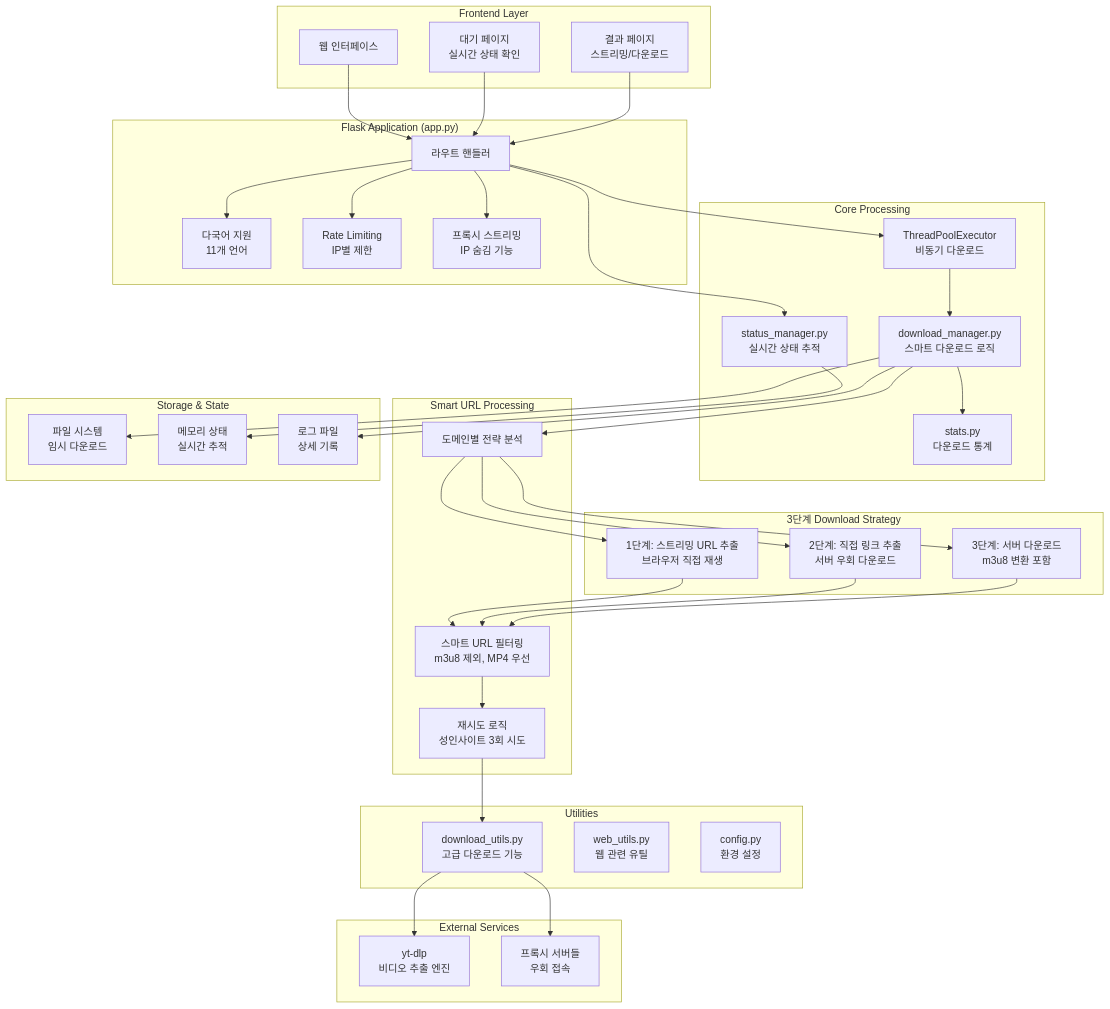
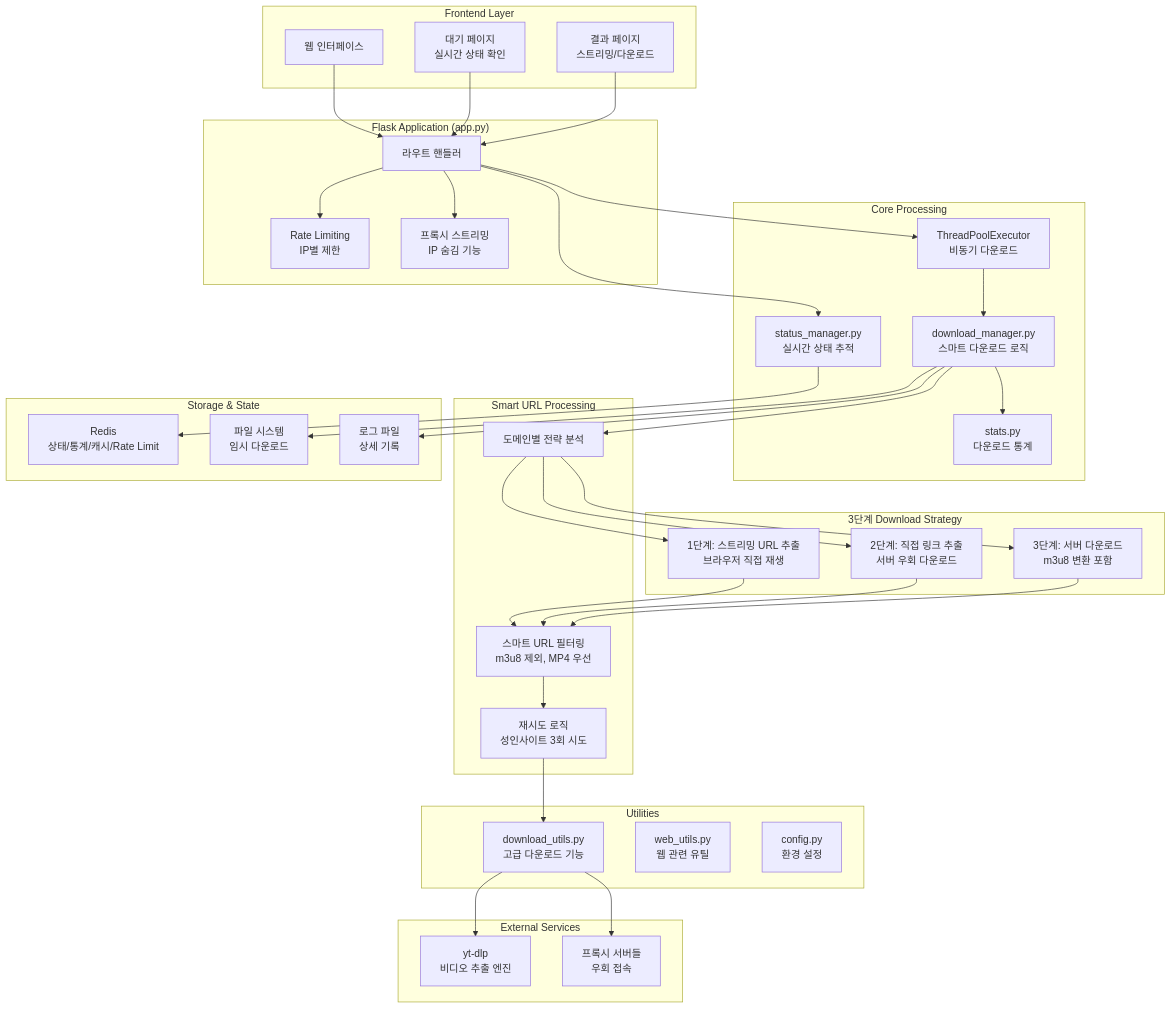
Before and after one commit to raphaelIl/dl-test: the first of 6 diagrams in README.md, drawn with Mermaid. The commit also changed other lines of this file and 7 other files, not shown here.

````diff
--- a/README.md
+++ b/README.md
@@ -25,76 +101,74 @@
 ```mermaid
 graph TB
     subgraph "Frontend Layer"
         UI[웹 인터페이스]
         WAIT[대기 페이지<br/>실시간 상태 확인]
         RESULT[결과 페이지<br/>스트리밍/다운로드]
     end
     
     subgraph "Flask Application (app.py)"
         ROUTE[라우트 핸들러]
-        LANG[다국어 지원<br/>11개 언어]
         LIMIT[Rate Limiting<br/>IP별 제한]
         PROXY_STREAM[프록시 스트리밍<br/>IP 숨김 기능]
     end
     
     subgraph "Core Processing"
         EXECUTOR[ThreadPoolExecutor<br/>비동기 다운로드]
         MANAGER[download_manager.py<br/>스마트 다운로드 로직]
         STATUS[status_manager.py<br/>실시간 상태 추적]
         STATS[stats.py<br/>다운로드 통계]
     end
     
     subgraph "3단계 Download Strategy"
         STREAM[1단계: 스트리밍 URL 추출<br/>브라우저 직접 재생]
         DIRECT[2단계: 직접 링크 추출<br/>서버 우회 다운로드]
         SERVER[3단계: 서버 다운로드<br/>m3u8 변환 포함]
     end
     
     subgraph "Smart URL Processing"
         DOMAIN_DETECT[도메인별 전략 분석]
         URL_FILTER[스마트 URL 필터링<br/>m3u8 제외, MP4 우선]
         RETRY_LOGIC[재시도 로직<br/>성인사이트 3회 시도]
     end
     
     subgraph "Utilities"
         UTILS[download_utils.py<br/>고급 다운로드 기능]
         WEB_UTILS[web_utils.py<br/>웹 관련 유틸]
         CONFIG[config.py<br/>환경 설정]
     end
     
     subgraph "External Services"
         YT_DLP[yt-dlp<br/>비디오 추출 엔진]
         PROXY_SERVERS[프록시 서버들<br/>우회 접속]
     end
     
     subgraph "Storage & State"
+        REDIS[Redis<br/>상태/통계/캐시/Rate Limit]
         FS[파일 시스템<br/>임시 다운로드]
-        MEMORY[메모리 상태<br/>실시간 추적]
         LOGS[로그 파일<br/>상세 기록]
     end
     
     UI --> ROUTE
     WAIT --> ROUTE
     RESULT --> ROUTE
     ROUTE --> PROXY_STREAM
     ROUTE --> EXECUTOR
     ROUTE --> STATUS
     EXECUTOR --> MANAGER
     MANAGER --> DOMAIN_DETECT
     DOMAIN_DETECT --> STREAM
     DOMAIN_DETECT --> DIRECT
     DOMAIN_DETECT --> SERVER
     STREAM --> URL_FILTER
     DIRECT --> URL_FILTER
     SERVER --> URL_FILTER
     URL_FILTER --> RETRY_LOGIC
     RETRY_LOGIC --> UTILS
     UTILS --> YT_DLP
     UTILS --> PROXY_SERVERS
-    STATUS --> MEMORY
+    STATUS --> REDIS
     MANAGER --> FS
     MANAGER --> LOGS
-    ROUTE --> LANG
     ROUTE --> LIMIT
     MANAGER --> STATS
 ```
````
